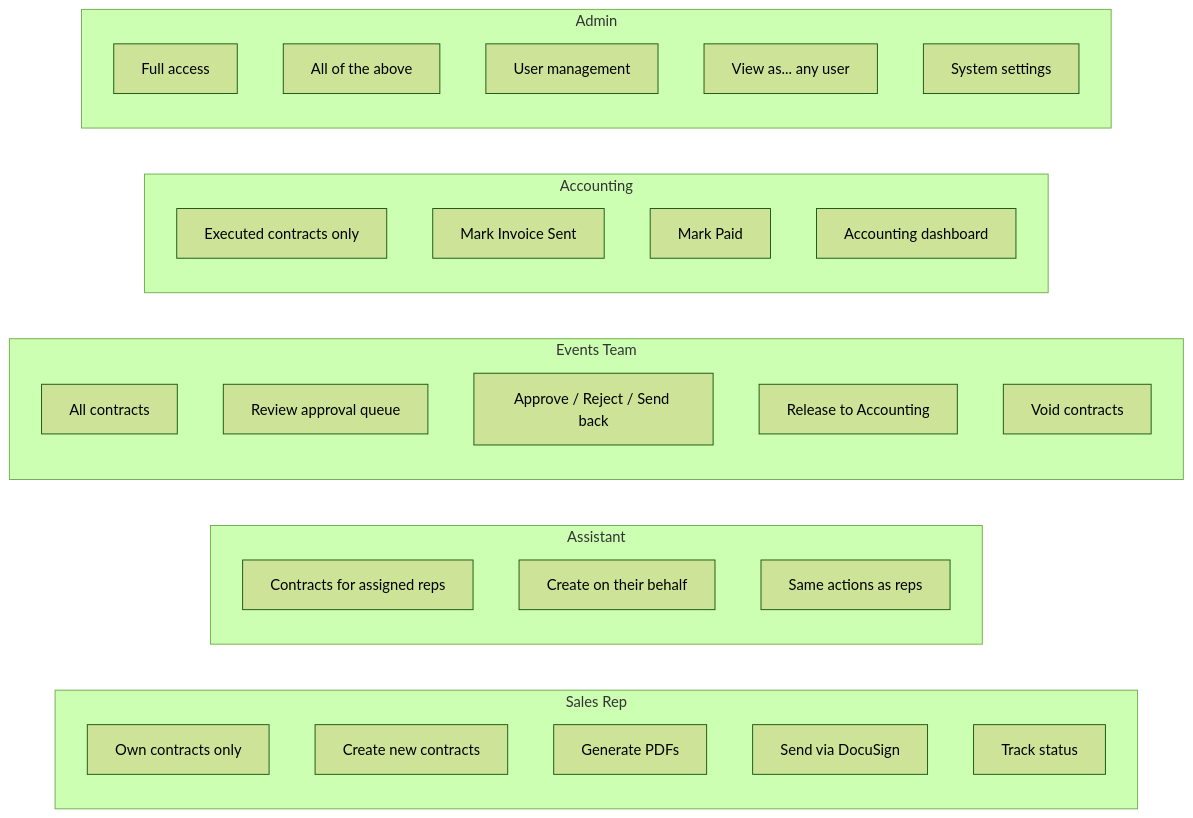
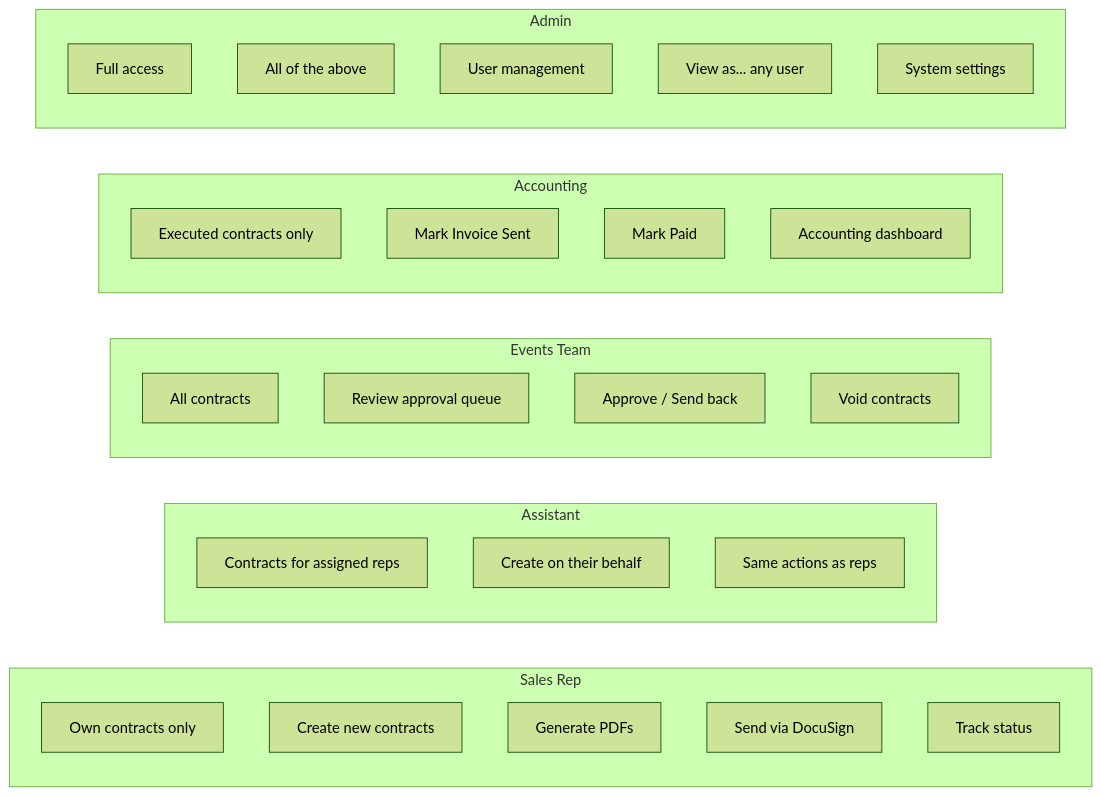
One commit to mcapace/whiskyfest-contracts changed the sixth of 8 diagrams in docs/WORKFLOW.md. Above: the diagram before and after it, drawn with Mermaid (forest theme). The commit also changed other lines of this file and 2 other files, not shown here.

First line of the commit message:
docs: Refresh SCHEMA/ARCHITECTURE/WORKFLOW mermaid for current product

````diff
--- a/docs/WORKFLOW.md
+++ b/docs/WORKFLOW.md
@@ -257,39 +267,38 @@
 ```mermaid
 graph LR
     subgraph "Sales Rep"
         A1[Own contracts only]
         A2[Create new contracts]
         A3[Generate PDFs]
         A4[Send via DocuSign]
         A5[Track status]
     end
     
     subgraph "Assistant"
         B1[Contracts for assigned reps]
         B2[Create on their behalf]
         B3[Same actions as reps]
     end
     
     subgraph "Events Team"
         C1[All contracts]
         C2[Review approval queue]
-        C3[Approve / Reject / Send back]
-        C4[Release to Accounting]
-        C5[Void contracts]
+        C3[Approve / Send back]
+        C4[Void contracts]
     end
     
     subgraph "Accounting"
         D1[Executed contracts only]
         D2[Mark Invoice Sent]
         D3[Mark Paid]
         D4[Accounting dashboard]
     end
     
     subgraph "Admin"
         E1[Full access]
         E2[All of the above]
         E3[User management]
         E4[View as... any user]
         E5[System settings]
     end
 ```
````
